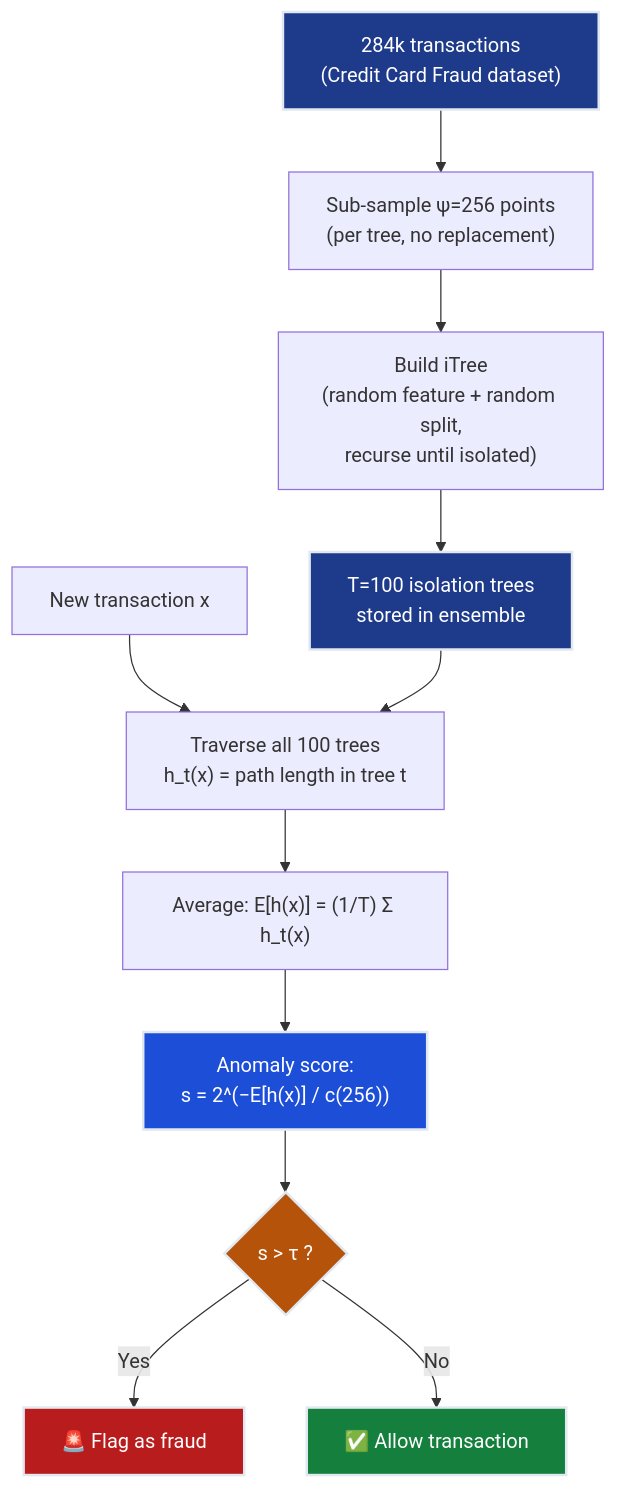
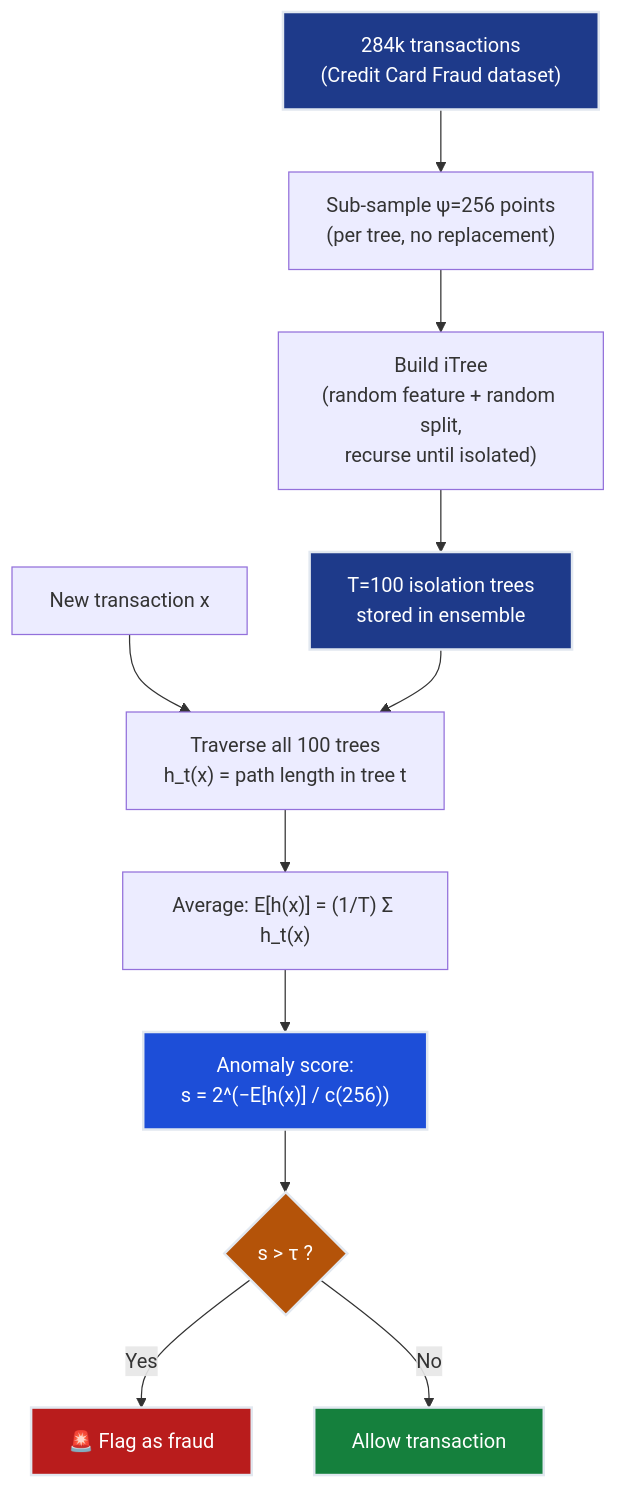
Before and after one commit to dsgouda7/ai-portfolio: the second of 3 diagrams in notes/01-ml/05-anomaly-detection/ch02_isolation_forest/README.md, drawn with Mermaid. The commit also changed other lines of this file and 179 other files, not shown here.

````diff
--- a/notes/01-ml/05-anomaly-detection/ch02_isolation_forest/README.md
+++ b/notes/01-ml/05-anomaly-detection/ch02_isolation_forest/README.md
@@ -465,32 +465,32 @@
 ```mermaid
 flowchart TD
-    DATA["284k transactions\n(Credit Card Fraud dataset)"]
-    SAMPLE["Sub-sample ψ=256 points\n(per tree, no replacement)"]
-    BUILD["Build iTree\n(random feature + random split,\nrecurse until isolated)"]
-    TREES["T=100 isolation trees\nstored in ensemble"]
-    TX["New transaction x"]
-    PATH["Traverse all 100 trees\nh_t(x) = path length in tree t"]
-    AVG["Average: E[h(x)] = (1/T) Σ h_t(x)"]
-    SCORE["Anomaly score:\ns = 2^(−E[h(x)] / c(256))"]
-    THRESH{"s > τ ?"}
-    FRAUD["🚨 Flag as fraud"]
-    NORMAL["✅ Allow transaction"]
+ DATA["284k transactions\n(Credit Card Fraud dataset)"]
+ SAMPLE["Sub-sample ψ=256 points\n(per tree, no replacement)"]
+ BUILD["Build iTree\n(random feature + random split,\nrecurse until isolated)"]
+ TREES["T=100 isolation trees\nstored in ensemble"]
+ TX["New transaction x"]
+ PATH["Traverse all 100 trees\nh_t(x) = path length in tree t"]
+ AVG["Average: E[h(x)] = (1/T) Σ h_t(x)"]
+ SCORE["Anomaly score:\ns = 2^(−E[h(x)] / c(256))"]
+ THRESH{"s > τ ?"}
+ FRAUD["🚨 Flag as fraud"]
+ NORMAL[" Allow transaction"]
 
-    DATA --> SAMPLE
-    SAMPLE --> BUILD
-    BUILD --> TREES
-    TX --> PATH
-    TREES --> PATH
-    PATH --> AVG
-    AVG --> SCORE
-    SCORE --> THRESH
-    THRESH -->|"Yes"| FRAUD
-    THRESH -->|"No"| NORMAL
+ DATA --> SAMPLE
+ SAMPLE --> BUILD
+ BUILD --> TREES
+ TX --> PATH
+ TREES --> PATH
+ PATH --> AVG
+ AVG --> SCORE
+ SCORE --> THRESH
+ THRESH -->|"Yes"| FRAUD
+ THRESH -->|"No"| NORMAL
 
-    style DATA fill:#1e3a8a,stroke:#e2e8f0,stroke-width:2px,color:#ffffff
-    style TREES fill:#1e3a8a,stroke:#e2e8f0,stroke-width:2px,color:#ffffff
-    style FRAUD fill:#b91c1c,stroke:#e2e8f0,stroke-width:2px,color:#ffffff
-    style NORMAL fill:#15803d,stroke:#e2e8f0,stroke-width:2px,color:#ffffff
-    style SCORE fill:#1d4ed8,stroke:#e2e8f0,stroke-width:2px,color:#ffffff
-    style THRESH fill:#b45309,stroke:#e2e8f0,stroke-width:2px,color:#ffffff
+ style DATA fill:#1e3a8a,stroke:#e2e8f0,stroke-width:2px,color:#ffffff
+ style TREES fill:#1e3a8a,stroke:#e2e8f0,stroke-width:2px,color:#ffffff
+ style FRAUD fill:#b91c1c,stroke:#e2e8f0,stroke-width:2px,color:#ffffff
+ style NORMAL fill:#15803d,stroke:#e2e8f0,stroke-width:2px,color:#ffffff
+ style SCORE fill:#1d4ed8,stroke:#e2e8f0,stroke-width:2px,color:#ffffff
+ style THRESH fill:#b45309,stroke:#e2e8f0,stroke-width:2px,color:#ffffff
 ```
````
